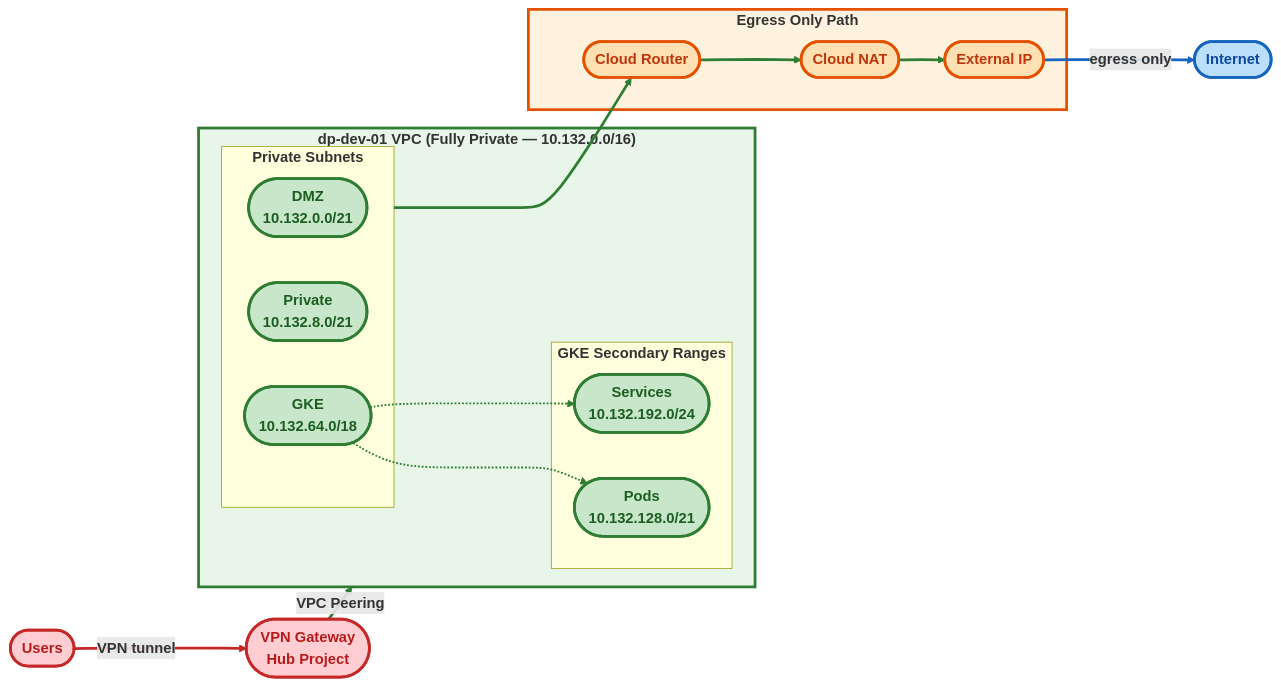
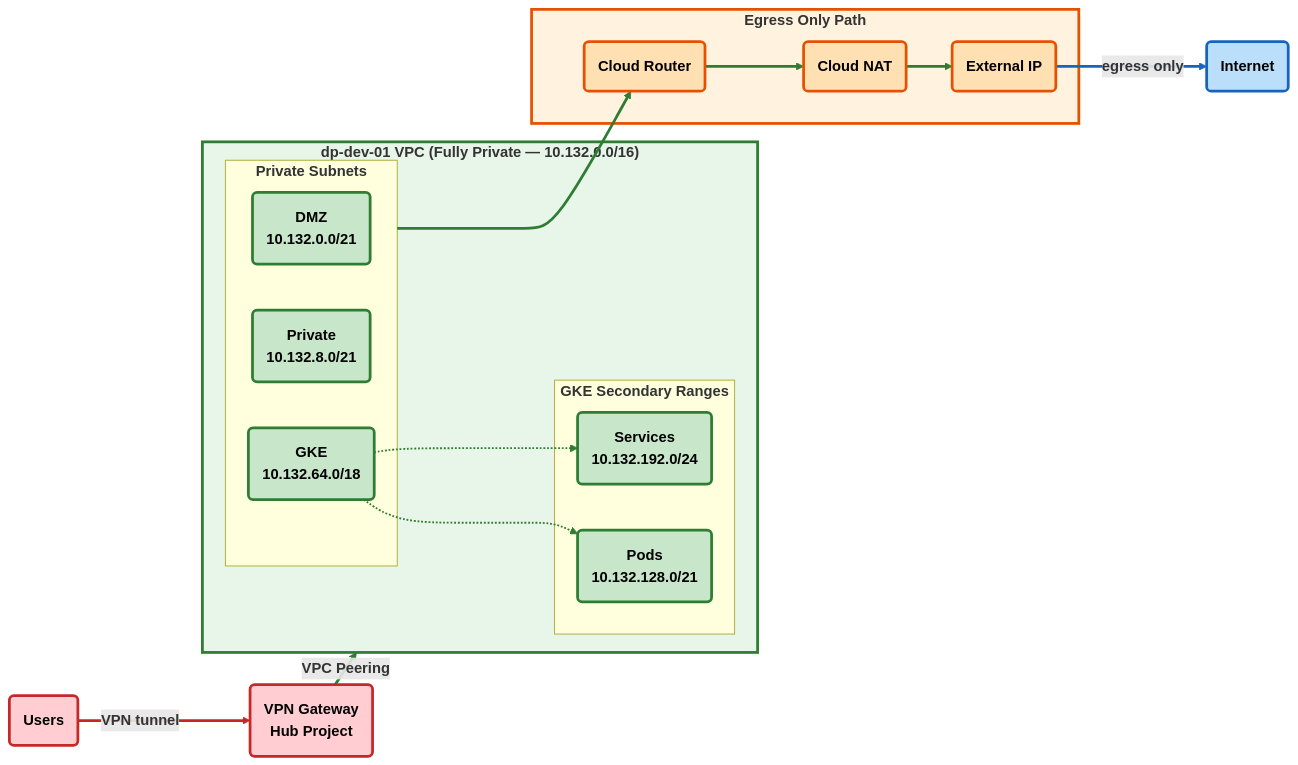
One commit to spolspol/terragrunt-gcp-org-automation changed the second of 7 diagrams in docs/ARCHITECTURE_DIAGRAM.md. Above: the diagram before and after it, drawn with Mermaid. The commit also changed other lines of this file, not shown here.

Commit message:
Improves architecture diagram readability

````diff
--- a/docs/ARCHITECTURE_DIAGRAM.md
+++ b/docs/ARCHITECTURE_DIAGRAM.md
@@ -220,56 +220,56 @@
 ```mermaid
 flowchart LR
-    U(["<b>Users</b>"]) ==>|"<b>VPN tunnel</b>"| VPN(["<b>VPN Gateway<br/>Hub Project</b>"])
+    U("<b>Users</b>") ==>|"<b>VPN tunnel</b>"| VPN("<b>VPN Gateway<br/>Hub Project</b>")
     VPN ==>|"<b>VPC Peering</b>"| VPCDetail
 
     subgraph VPCDetail["<b>dp-dev-01 VPC (Fully Private — 10.132.0.0/16)</b>"]
         subgraph PrimaryNets["<b>Private Subnets</b>"]
-            D(["<b>DMZ<br/>10.132.0.0/21</b>"])
-            P(["<b>Private<br/>10.132.8.0/21</b>"])
-            G(["<b>GKE<br/>10.132.64.0/18</b>"])
+            D("<b>DMZ<br/>10.132.0.0/21</b>")
+            P("<b>Private<br/>10.132.8.0/21</b>")
+            G("<b>GKE<br/>10.132.64.0/18</b>")
         end
 
         subgraph SecondaryNets["<b>GKE Secondary Ranges</b>"]
-            POD(["<b>Pods<br/>10.132.128.0/21</b>"])
-            SVC(["<b>Services<br/>10.132.192.0/24</b>"])
+            POD("<b>Pods<br/>10.132.128.0/21</b>")
+            SVC("<b>Services<br/>10.132.192.0/24</b>")
         end
 
         G -.-> POD
         G -.-> SVC
     end
 
     subgraph EgressPath["<b>Egress Only Path</b>"]
-        CR(["<b>Cloud Router</b>"])
-        CN(["<b>Cloud NAT</b>"])
-        EIP(["<b>External IP</b>"])
+        CR("<b>Cloud Router</b>")
+        CN("<b>Cloud NAT</b>")
+        EIP("<b>External IP</b>")
         CR ==> CN ==> EIP
     end
 
     PrimaryNets ==> CR
-    EIP ==>|"<b>egress only</b>"| I(["<b>Internet</b>"])
+    EIP ==>|"<b>egress only</b>"| I("<b>Internet</b>")
 
     %% Node styles
-    classDef public fill:#ffcdd2,stroke:#c62828,stroke-width:3px,font-weight:bold,color:#b71c1c
-    classDef private fill:#c8e6c9,stroke:#2e7d32,stroke-width:3px,font-weight:bold,color:#1b5e20
-    classDef internet fill:#bbdefb,stroke:#1565c0,stroke-width:3px,font-weight:bold,color:#0d47a1
-    classDef egress fill:#ffe0b2,stroke:#e65100,stroke-width:3px,font-weight:bold,color:#bf360c
+    classDef public fill:#ffcdd2,stroke:#c62828,stroke-width:3px,font-weight:bold,color:#000
+    classDef private fill:#c8e6c9,stroke:#2e7d32,stroke-width:3px,font-weight:bold,color:#000
+    classDef internet fill:#bbdefb,stroke:#1565c0,stroke-width:3px,font-weight:bold,color:#000
+    classDef egress fill:#ffe0b2,stroke:#e65100,stroke-width:3px,font-weight:bold,color:#000
 
     class U public
     class VPN public
     class D,P,G,POD,SVC private
     class CR,CN,EIP egress
     class I internet
 
     %% Link styles
     linkStyle 0 stroke:#c62828,stroke-width:3px
     linkStyle 1 stroke:#2e7d32,stroke-width:3px
     linkStyle 2 stroke:#2e7d32,stroke-width:2px
     linkStyle 3 stroke:#2e7d32,stroke-width:2px
     linkStyle 4 stroke:#2e7d32,stroke-width:3px
     linkStyle 5 stroke:#2e7d32,stroke-width:3px
     linkStyle 6 stroke:#2e7d32,stroke-width:3px
     linkStyle 7 stroke:#1565c0,stroke-width:3px
 
     style VPCDetail fill:#e8f5e9,stroke:#2e7d32,stroke-width:3px
     style EgressPath fill:#fff3e0,stroke:#e65100,stroke-width:3px
 ```
````
